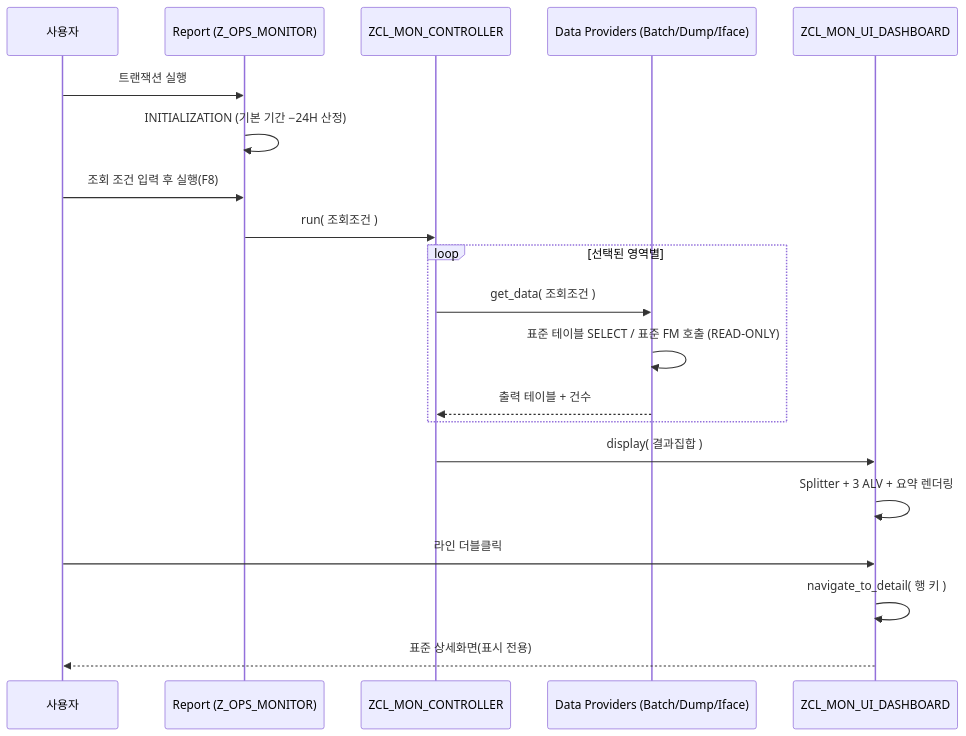
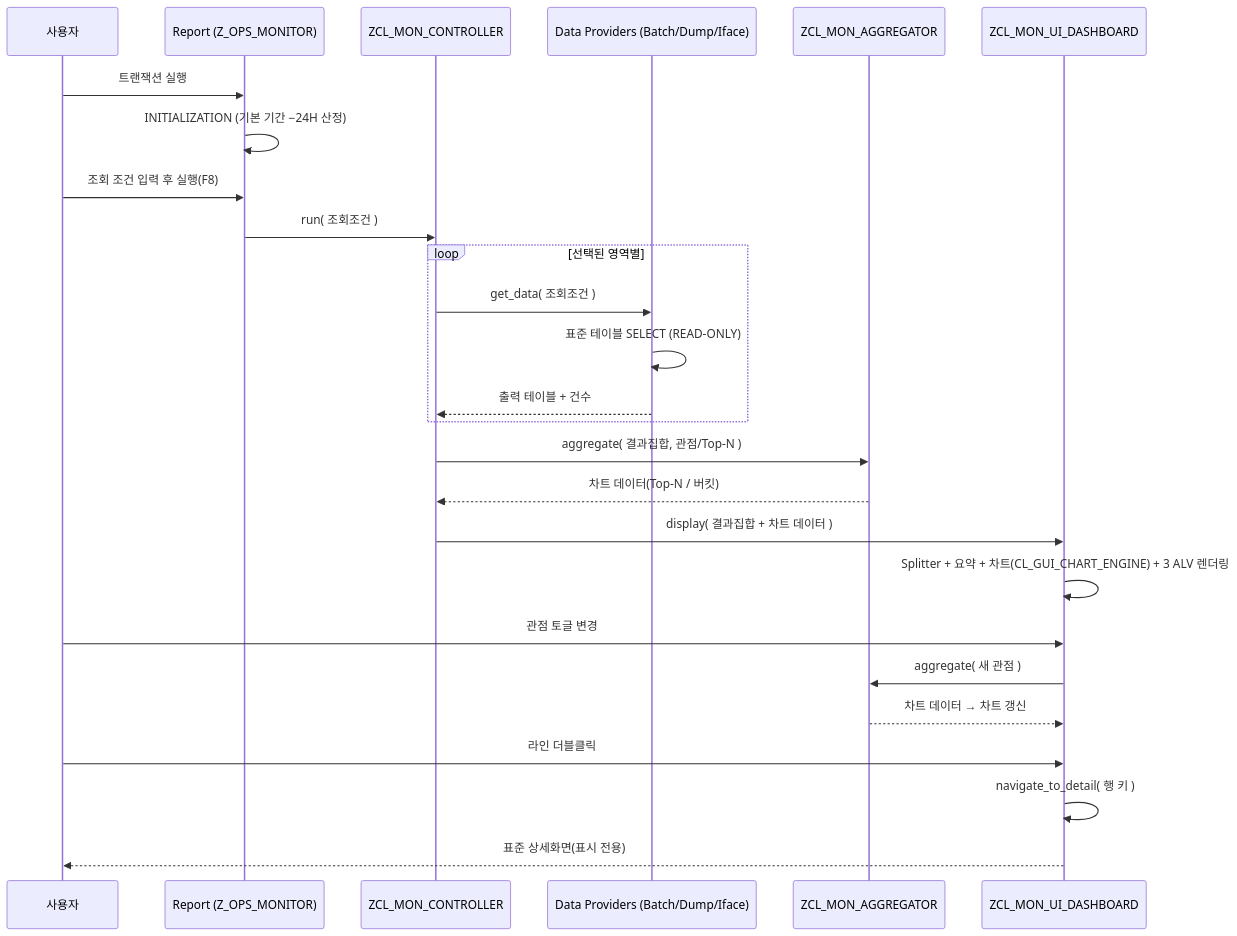
Before and after one commit to hyosungitx00/AI: the second of 2 diagrams in docs/design/integrated-ops-monitor-design.md, drawn with Mermaid. The commit also changed other lines of this file and 1 other file, not shown here.

````diff
--- a/docs/design/integrated-ops-monitor-design.md
+++ b/docs/design/integrated-ops-monitor-design.md
@@ -423,23 +451,29 @@
 ```mermaid
 sequenceDiagram
     participant U as 사용자
     participant R as Report (Z_OPS_MONITOR)
     participant C as ZCL_MON_CONTROLLER
     participant P as Data Providers (Batch/Dump/Iface)
+    participant G as ZCL_MON_AGGREGATOR
     participant V as ZCL_MON_UI_DASHBOARD
 
     U->>R: 트랜잭션 실행
     R->>R: INITIALIZATION (기본 기간 −24H 산정)
     U->>R: 조회 조건 입력 후 실행(F8)
     R->>C: run( 조회조건 )
     loop 선택된 영역별
         C->>P: get_data( 조회조건 )
-        P->>P: 표준 테이블 SELECT / 표준 FM 호출 (READ-ONLY)
+        P->>P: 표준 테이블 SELECT (READ-ONLY)
         P-->>C: 출력 테이블 + 건수
     end
-    C->>V: display( 결과집합 )
-    V->>V: Splitter + 3 ALV + 요약 렌더링
+    C->>G: aggregate( 결과집합, 관점/Top-N )
+    G-->>C: 차트 데이터(Top-N / 버킷)
+    C->>V: display( 결과집합 + 차트 데이터 )
+    V->>V: Splitter + 요약 + 차트(CL_GUI_CHART_ENGINE) + 3 ALV 렌더링
+    U->>V: 관점 토글 변경
+    V->>G: aggregate( 새 관점 )
+    G-->>V: 차트 데이터 → 차트 갱신
     U->>V: 라인 더블클릭
     V->>V: navigate_to_detail( 행 키 )
     V-->>U: 표준 상세화면(표시 전용)
 ```
````
